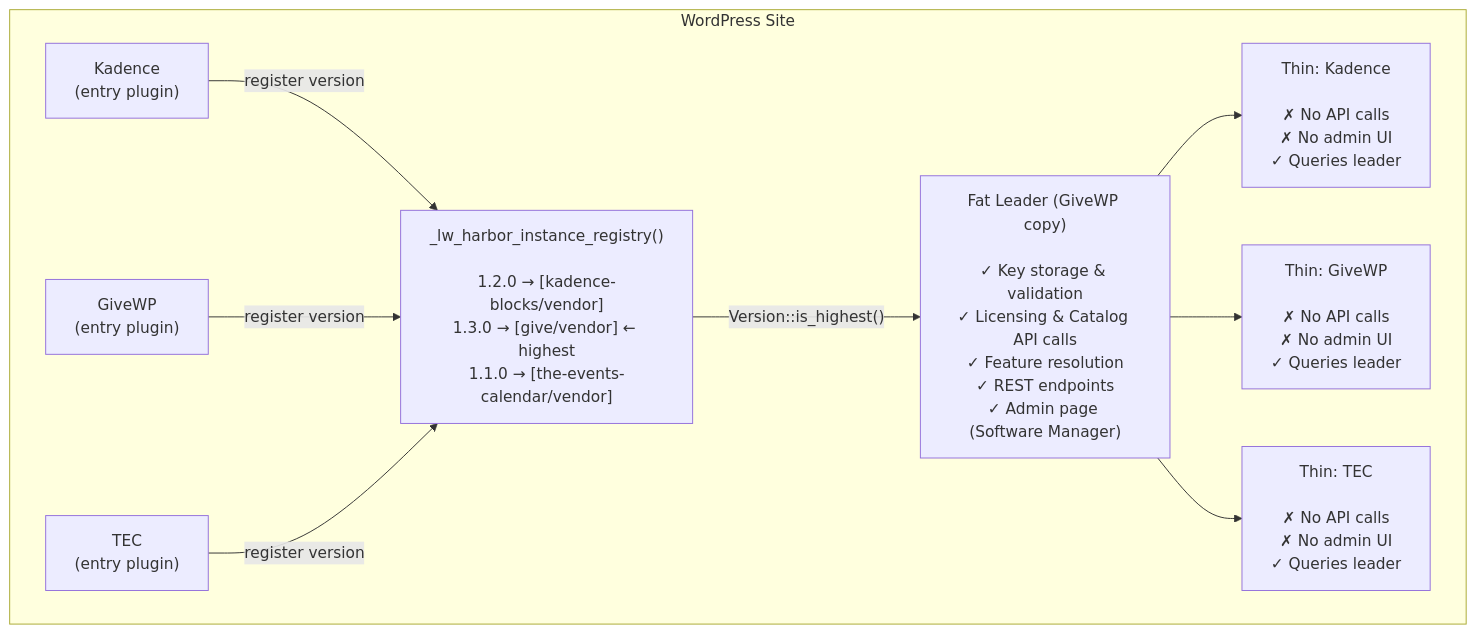
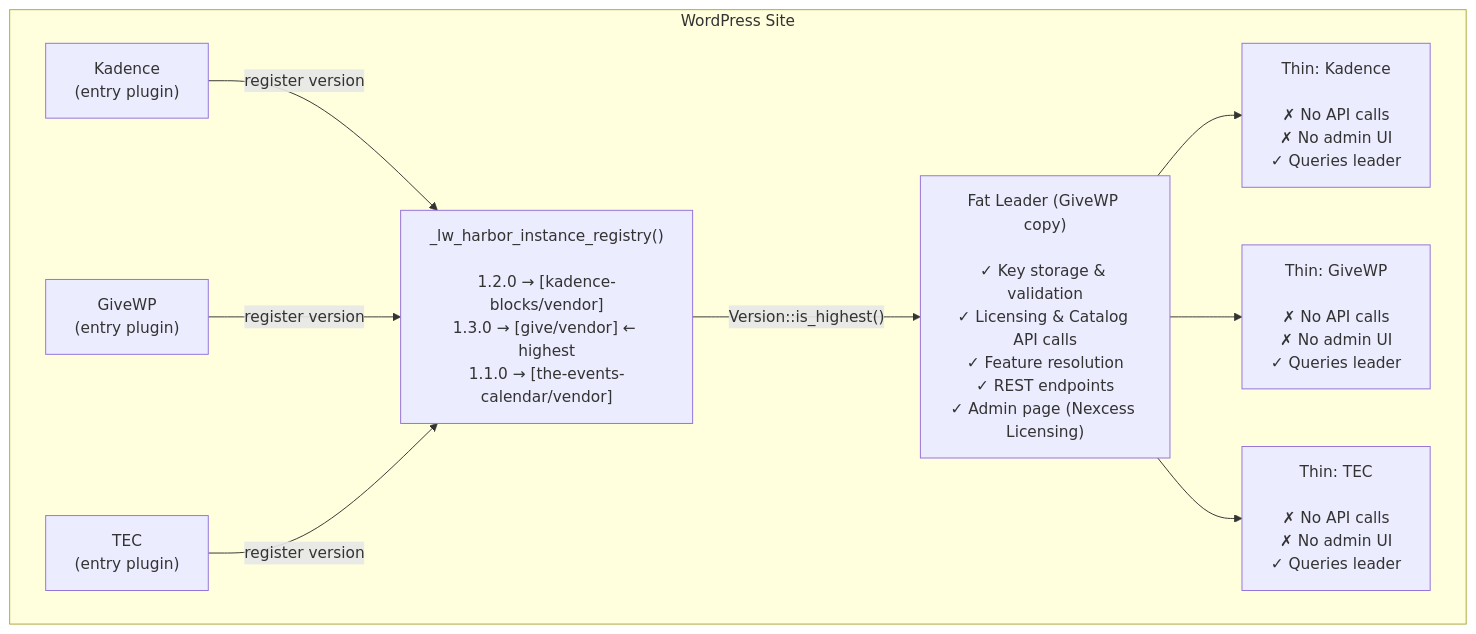
The diagram in docs/architecture/fat-leader-thin-instance.md (stellarwp/harbor), drawn with Mermaid before and after one commit. The commit also changed other lines of this file and 20 other files, not shown here.

Commit message:
fix: call the license page Nexcess Licensing

````diff
--- a/docs/architecture/fat-leader-thin-instance.md
+++ b/docs/architecture/fat-leader-thin-instance.md
@@ -11,18 +11,18 @@
 ```mermaid
 flowchart TD
     subgraph site["WordPress Site"]
         Kadence["Kadence\n(entry plugin)"] -->|register version| Registry
         GiveWP["GiveWP\n(entry plugin)"] -->|register version| Registry
         TEC["TEC\n(entry plugin)"] -->|register version| Registry
 
         Registry["_lw_harbor_instance_registry()\n\n1.2.0 → [kadence-blocks/vendor]\n1.3.0 → [give/vendor] ← highest\n1.1.0 → [the-events-calendar/vendor]"]
 
         Registry -->|"Version::is_highest()"| Leader
 
-        Leader["Fat Leader (GiveWP copy)\n\n✓ Key storage & validation\n✓ Licensing & Catalog API calls\n✓ Feature resolution\n✓ REST endpoints\n✓ Admin page (Software Manager)"]
+        Leader["Fat Leader (GiveWP copy)\n\n✓ Key storage & validation\n✓ Licensing & Catalog API calls\n✓ Feature resolution\n✓ REST endpoints\n✓ Admin page (Nexcess Licensing)"]
 
         Leader --> ThinKadence["Thin: Kadence\n\n✗ No API calls\n✗ No admin UI\n✓ Queries leader"]
         Leader --> ThinGiveWP["Thin: GiveWP\n\n✗ No API calls\n✗ No admin UI\n✓ Queries leader"]
         Leader --> ThinTEC["Thin: TEC\n\n✗ No API calls\n✗ No admin UI\n✓ Queries leader"]
     end
 ```
````
